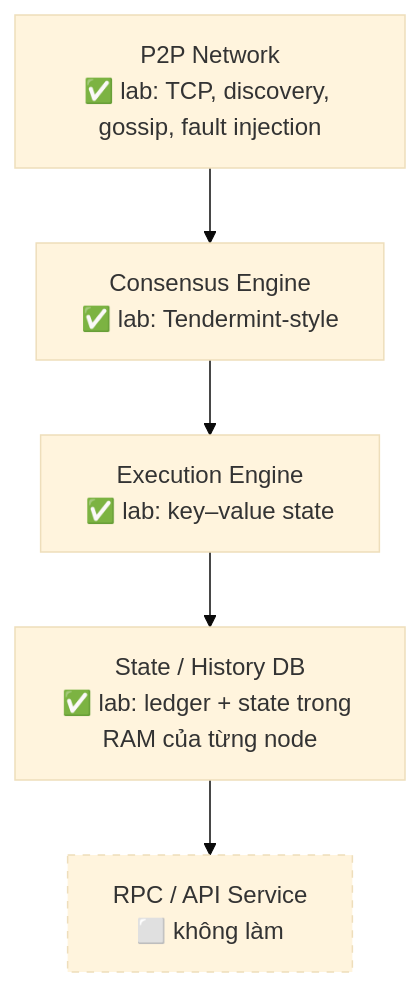
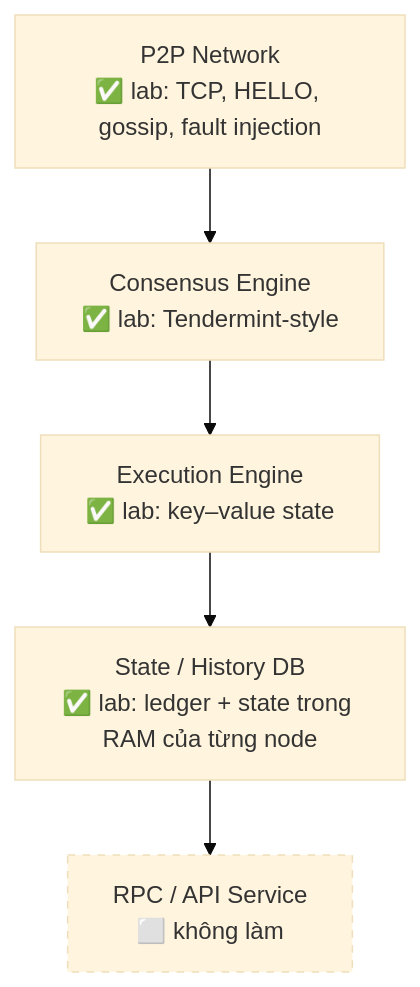
One commit to NgocHieu162/blockchain-lab01 changed diagram 33 of 41 in docs/CONCEPT_GUIDE.md. Above: the diagram before and after it, drawn with Mermaid (base theme). The commit also changed other lines of this file and 27 other files, not shown here.

````diff
--- a/docs/CONCEPT_GUIDE.md
+++ b/docs/CONCEPT_GUIDE.md
@@ -1040,10 +975,10 @@
 ```mermaid
 flowchart TD
-    P2P["P2P Network<br/>✅ lab: TCP, discovery, gossip, fault injection"]
+    P2P["P2P Network<br/>✅ lab: TCP, HELLO, gossip, fault injection"]
     CON["Consensus Engine<br/>✅ lab: Tendermint-style"]
     EXE["Execution Engine<br/>✅ lab: key–value state"]
     DB["State / History DB<br/>✅ lab: ledger + state trong RAM của từng node"]
     RPC["RPC / API Service<br/>⬜ không làm"]
     P2P --> CON --> EXE --> DB --> RPC
     style RPC stroke-dasharray: 5 5
 ```
````
